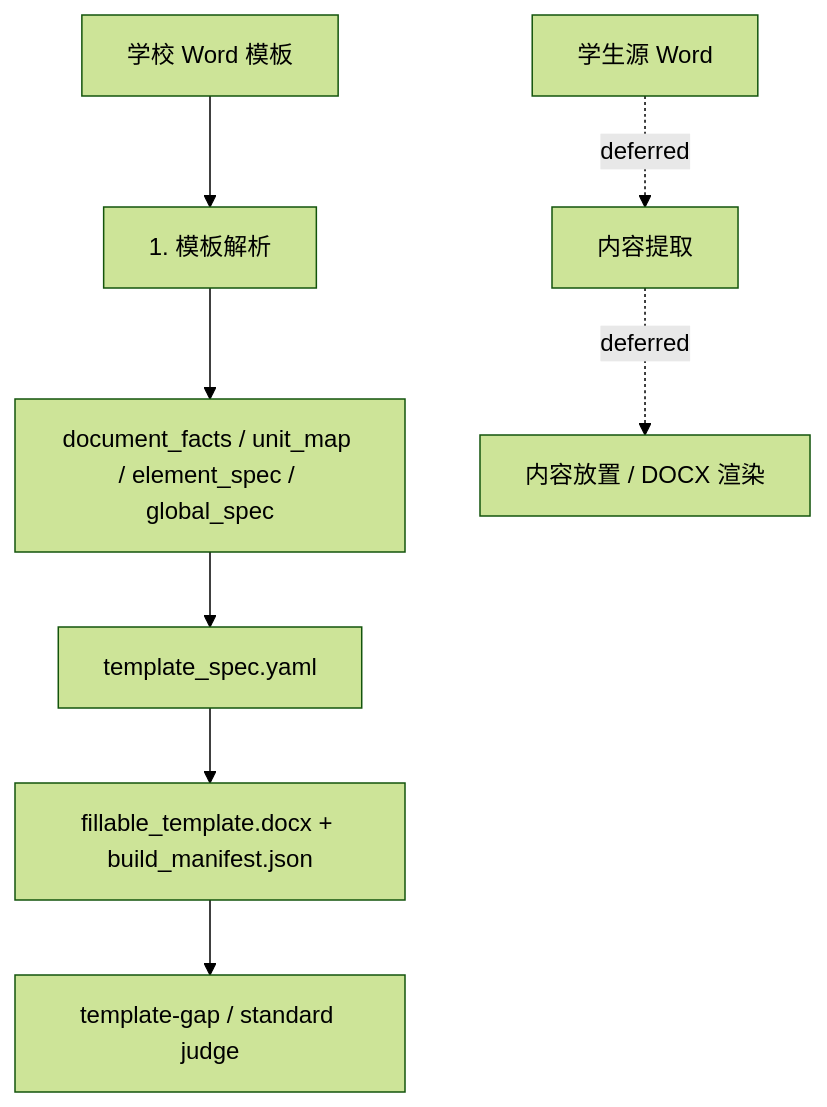
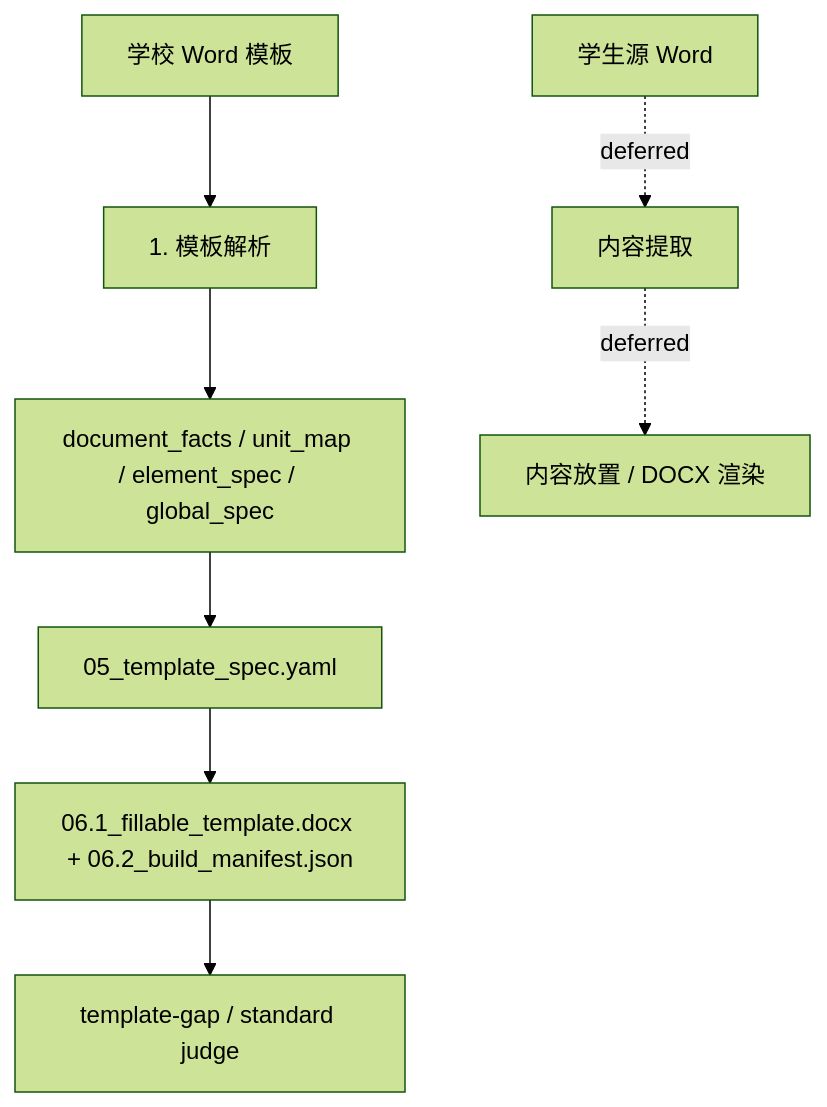
Before and after one commit to bamao88/docfit_v3: the diagram in docs/current/README.md, drawn with Mermaid (forest theme). The commit also changed other lines of this file and 146 other files, not shown here.

````diff
--- a/docs/current/README.md
+++ b/docs/current/README.md
@@ -39,11 +39,11 @@
 ```mermaid
 flowchart TD
   A["学校 Word 模板"] --> B["1. 模板解析"]
   B --> C["document_facts / unit_map / element_spec / global_spec"]
-  C --> D["template_spec.yaml"]
-  D --> E["fillable_template.docx + build_manifest.json"]
+  C --> D["05_template_spec.yaml"]
+  D --> E["06.1_fillable_template.docx + 06.2_build_manifest.json"]
   E --> F["template-gap / standard judge"]
 
   G["学生源 Word"] -. "deferred" .-> H["内容提取"]
   H -. "deferred" .-> I["内容放置 / DOCX 渲染"]
 ```
````
